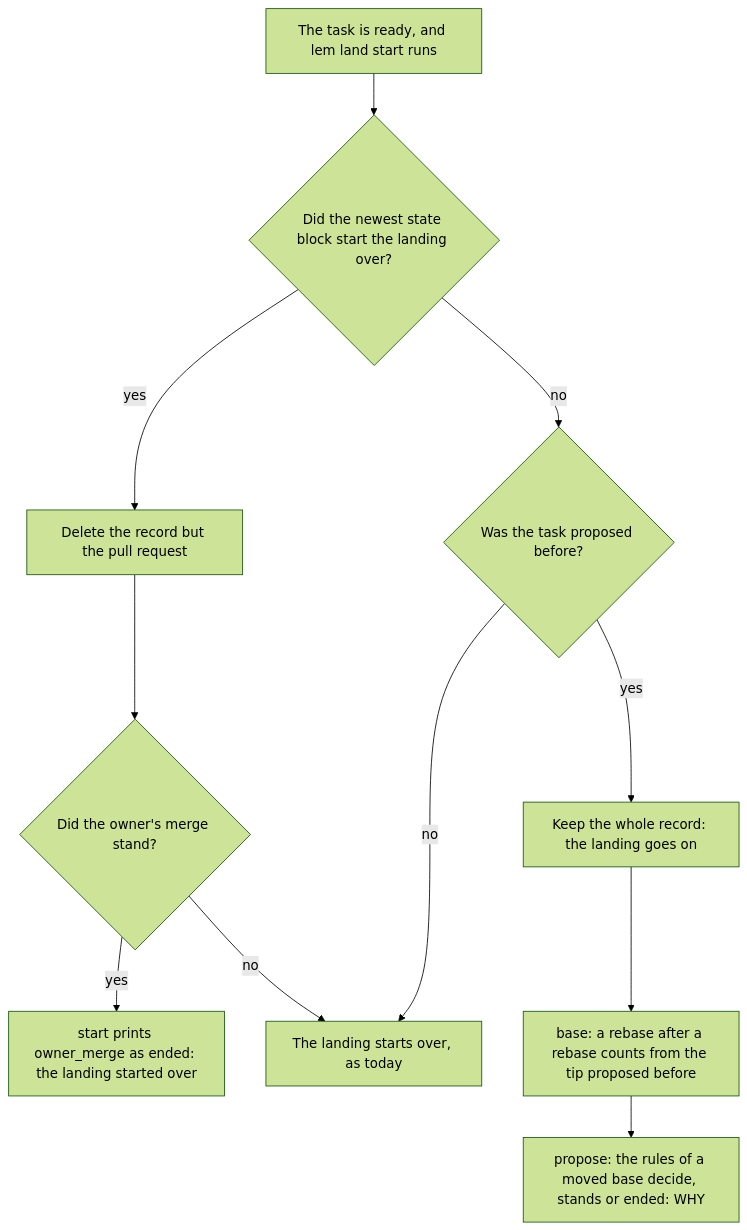
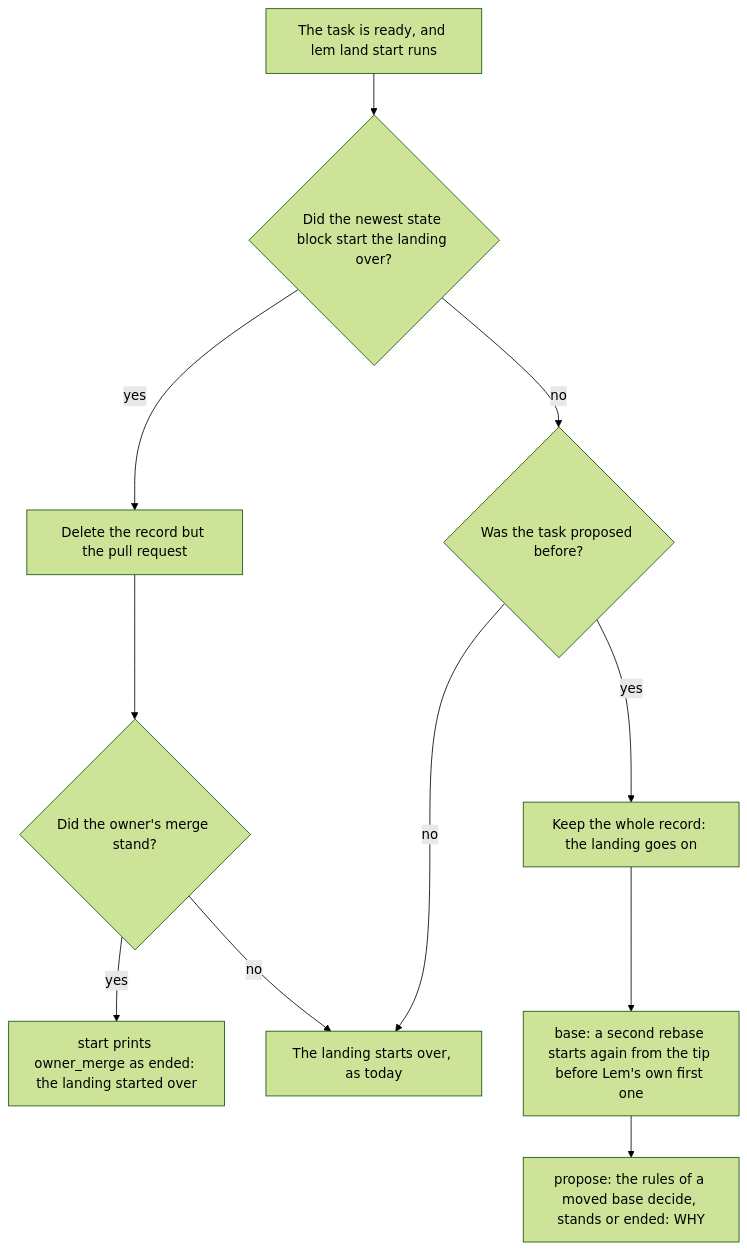
The diagram in docs/plans/2026-11-23-owner-merge-survives-a-red-base.md (pySilver/lem), drawn with Mermaid (forest theme) before and after one commit. The commit also changed other lines of this file, not shown here.

Commit message:
docs(plans): the ladder's picks: the gate keeps decisions 4 and 5, and a second rebase starts again from the tip before Lem's own first (decision 6, the experts)

````diff
--- a/docs/plans/2026-11-23-owner-merge-survives-a-red-base.md
+++ b/docs/plans/2026-11-23-owner-merge-survives-a-red-base.md
@@ -35,13 +35,13 @@
 ```mermaid
 flowchart TD
   A["The task is ready, and lem land start runs"] --> B{"Did the newest state block start the landing over?"}
   B -->|"yes"| C["Delete the record but the pull request"]
   C --> D{"Did the owner's merge stand?"}
   D -->|"yes"| E["start prints owner_merge as ended: the landing started over"]
   D -->|"no"| F["The landing starts over, as today"]
   B -->|"no"| G{"Was the task proposed before?"}
   G -->|"no"| F
   G -->|"yes"| H["Keep the whole record: the landing goes on"]
-  H --> I["base: a rebase after a rebase counts from the tip proposed before"]
+  H --> I["base: a second rebase starts again from the tip before Lem's own first one"]
   I --> J["propose: the rules of a moved base decide, stands or ended: WHY"]
 ```
````
